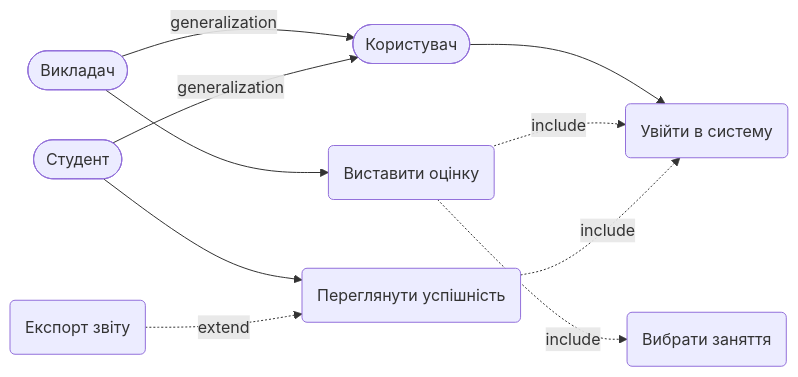
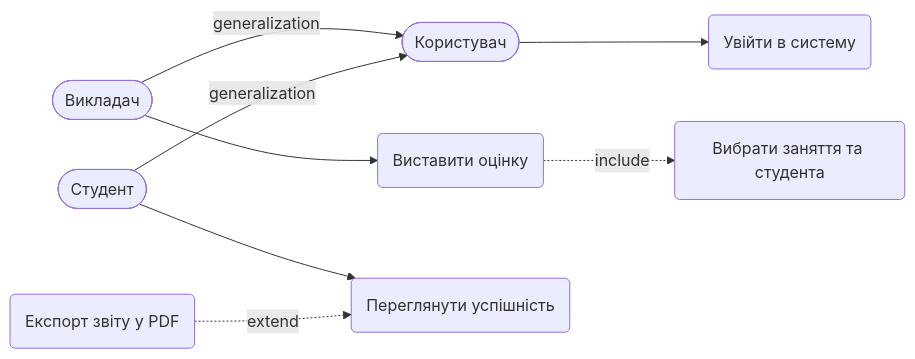
One commit to Mayki603/gradebook changed the diagram in use-cases.md. Above: the diagram before and after it, drawn with Mermaid. The commit also changed other lines of this file, not shown here.

Commit message:
fix: update use-cases (REQ-5, NFR, diagram, matrix)

````diff
--- a/use-cases.md
+++ b/use-cases.md
@@ -43,24 +50,22 @@
 ```mermaid
 flowchart LR
     User([Користувач])
     Teacher([Викладач])
     Student([Студент])
 
     Teacher -- "generalization" --> User
     Student -- "generalization" --> User
 
     Auth(Увійти в систему)
     UC1(Виставити оцінку)
-    SelectClass(Вибрати заняття)
+    SelectClass(Вибрати заняття та студента)
     UC2(Переглянути успішність)
-    Download(Експорт звіту)
+    Download(Експорт звіту у PDF)
 
     User --> Auth
     Teacher --> UC1
     Student --> UC2
 
     UC1 -. "include" .-> SelectClass
-    UC1 -. "include" .-> Auth
-    UC2 -. "include" .-> Auth
     Download -. "extend" .-> UC2
 ```
````
